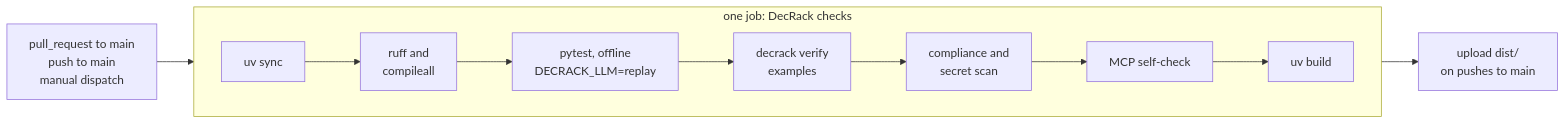
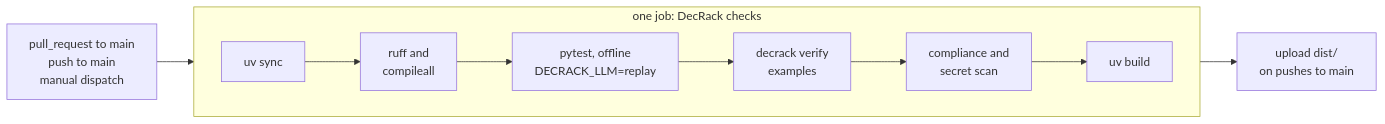
Before and after one commit to Madhav-GPT/DecRack: the second of 2 diagrams in README.md, drawn with Mermaid. The commit also changed other lines of this file and 17 other files, not shown here.

````diff
--- a/README.md
+++ b/README.md
@@ -434,14 +435,13 @@
 ```mermaid
 flowchart LR
     TRIG["pull_request to main<br/>push to main<br/>manual dispatch"] --> JOB
     subgraph JOB["one job: DecRack checks"]
         direction LR
         S1["uv sync"] --> S2["ruff and<br/>compileall"]
         S2 --> S3["pytest, offline<br/>DECRACK_LLM=replay"]
         S3 --> S4["decrack verify<br/>examples"]
         S4 --> S5["compliance and<br/>secret scan"]
-        S5 --> S6["MCP self-check"]
-        S6 --> S7["uv build"]
+        S5 --> S7["uv build"]
     end
     JOB --> UP["upload dist/<br/>on pushes to main"]
 ```
````
